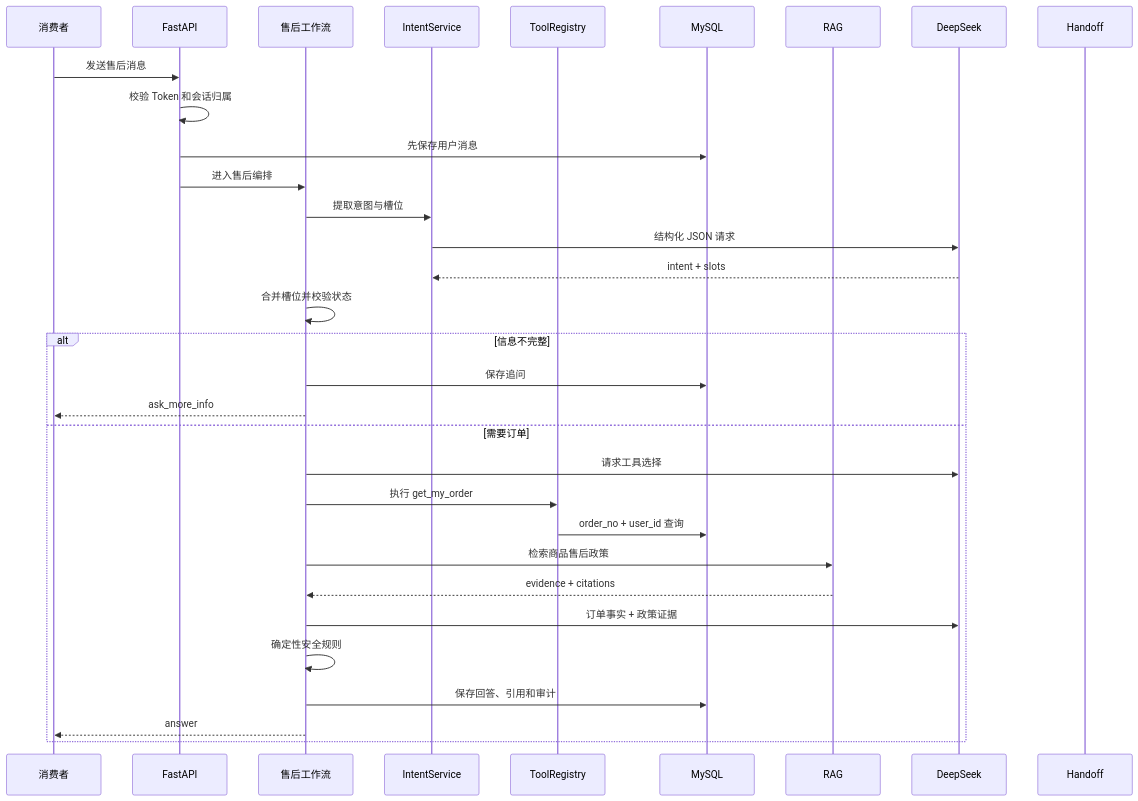
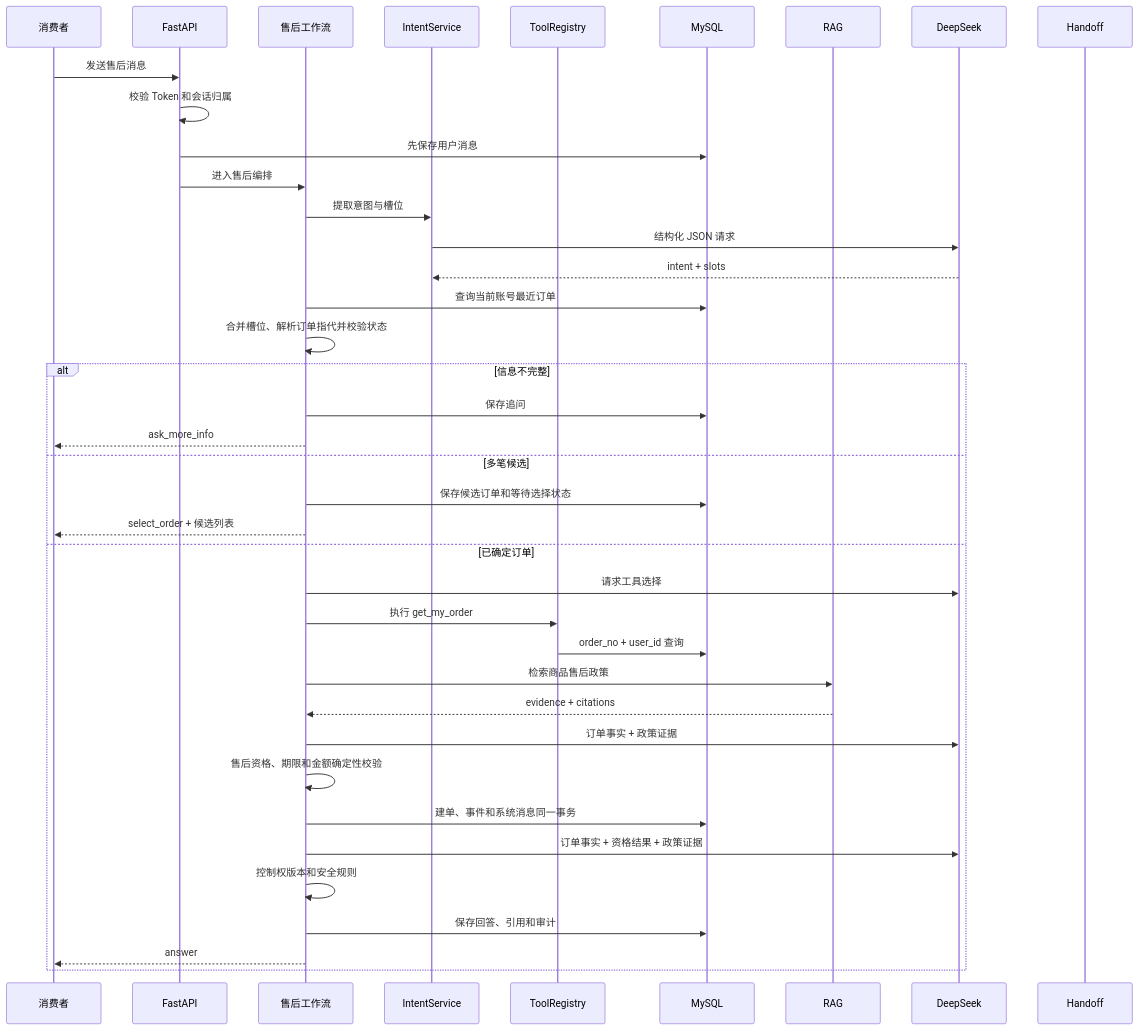
The second of 6 diagrams in docs/ARCHITECTURE.md (user-liniubi/smartshop), drawn with Mermaid before and after one commit. The commit also changed other lines of this file and 53 other files, not shown here.

````diff
--- a/docs/ARCHITECTURE.md
+++ b/docs/ARCHITECTURE.md
@@ -38,35 +42,42 @@
 ```mermaid
 sequenceDiagram
     participant U as 消费者
     participant API as FastAPI
     participant A as 售后工作流
     participant I as IntentService
     participant T as ToolRegistry
     participant DB as MySQL
     participant R as RAG
     participant L as DeepSeek
     participant H as Handoff
 
     U->>API: 发送售后消息
     API->>API: 校验 Token 和会话归属
     API->>DB: 先保存用户消息
     API->>A: 进入售后编排
     A->>I: 提取意图与槽位
     I->>L: 结构化 JSON 请求
     L-->>I: intent + slots
-    A->>A: 合并槽位并校验状态
+    A->>DB: 查询当前账号最近订单
+    A->>A: 合并槽位、解析订单指代并校验状态
     alt 信息不完整
         A->>DB: 保存追问
         A-->>U: ask_more_info
-    else 需要订单
+    else 多笔候选
+        A->>DB: 保存候选订单和等待选择状态
+        A-->>U: select_order + 候选列表
+    else 已确定订单
         A->>L: 请求工具选择
         A->>T: 执行 get_my_order
         T->>DB: order_no + user_id 查询
         A->>R: 检索商品售后政策
         R-->>A: evidence + citations
         A->>L: 订单事实 + 政策证据
-        A->>A: 确定性安全规则
+        A->>A: 售后资格、期限和金额确定性校验
+        A->>DB: 建单、事件和系统消息同一事务
+        A->>L: 订单事实 + 资格结果 + 政策证据
+        A->>A: 控制权版本和安全规则
         A->>DB: 保存回答、引用和审计
         A-->>U: answer
     end
 ```
````
